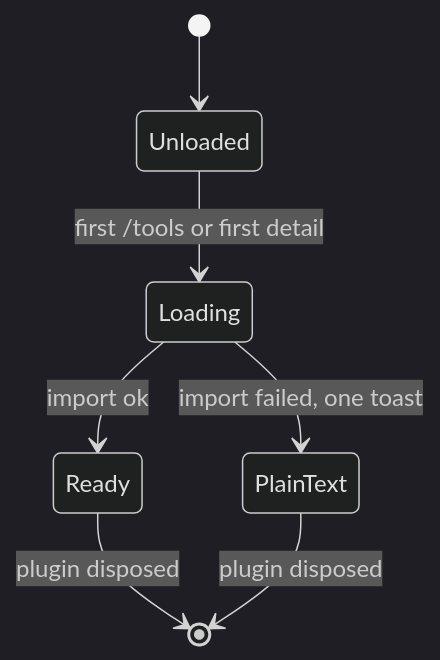
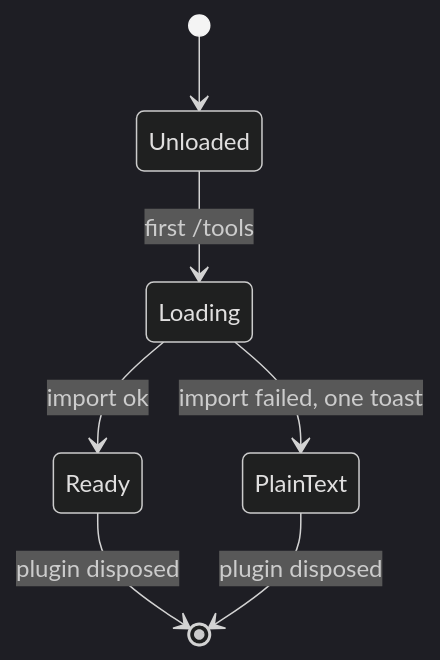
Before and after one commit to lunchbox-labs/opencode-tool-inspector: the second of 4 diagrams in docs/state-machines.md, drawn with Mermaid (dark theme). The commit also changed other lines of this file and 1 other file, not shown here.

````diff
--- a/docs/state-machines.md
+++ b/docs/state-machines.md
@@ -44,9 +47,9 @@
 ```mermaid
 stateDiagram-v2
     [*] --> Unloaded
-    Unloaded --> Loading: first /tools or first detail
+    Unloaded --> Loading: first /tools
     Loading --> Ready: import ok
     Loading --> PlainText: import failed, one toast
     Ready --> [*]: plugin disposed
     PlainText --> [*]: plugin disposed
 ```
````
